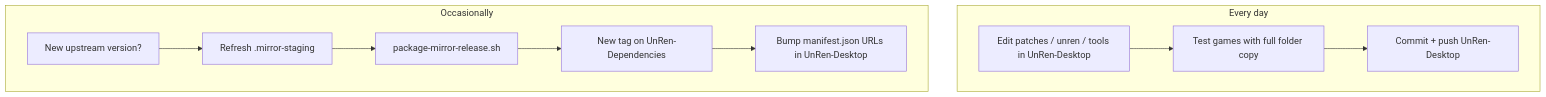
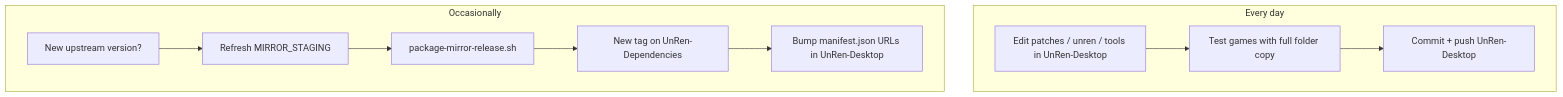
One commit to zujik/UnRen-Desktop changed the diagram in docs/MIRROR_SETUP.md. Above: the diagram before and after it, drawn with Mermaid. The commit also changed other lines of this file and 11 other files, not shown here.

````diff
--- a/docs/MIRROR_SETUP.md
+++ b/docs/MIRROR_SETUP.md
@@ -207,17 +209,17 @@
 ```mermaid
 flowchart TD
   subgraph daily [Every day]
     A[Edit patches / unren / tools in UnRen-Desktop]
     B[Test games with full folder copy]
     C[Commit + push UnRen-Desktop]
   end
   subgraph occasional [Occasionally]
     D[New upstream version?]
-    E[Refresh .mirror-staging]
+    E[Refresh MIRROR_STAGING]
     F[package-mirror-release.sh]
     G[New tag on UnRen-Dependencies]
     H[Bump manifest.json URLs in UnRen-Desktop]
   end
   A --> B --> C
   D --> E --> F --> G --> H
 ```
````
